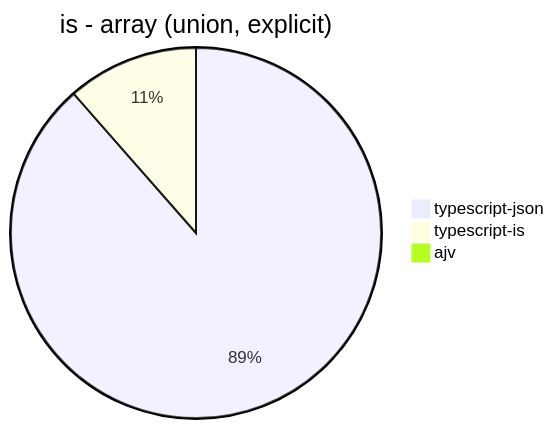
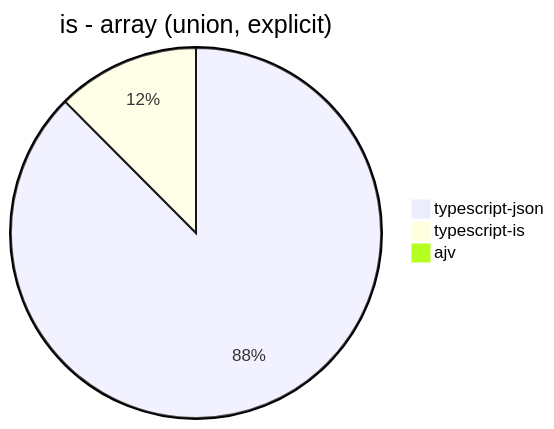
One commit to samchon/typia changed diagram 12 of 30 in benchmark/results/AMD Ryzen 7 5800H with Radeon Graphics         .md. Above: the diagram before and after it, drawn with Mermaid. The commit also changed other lines of this file, not shown here.

````diff
--- a/benchmark/results/AMD Ryzen 7 5800H with Radeon Graphics         .md
+++ b/benchmark/results/AMD Ryzen 7 5800H with Radeon Graphics         .md
@@ -116,6 +116,6 @@
 ```mermaid
 pie title is - array (union, explicit)
-  "typescript-json": 8147.80854575463
-  "typescript-is": 1055.886475122635
+  "typescript-json": 7171.43899325187
+  "typescript-is": 1021.4207250091542
   "ajv": 0
 ```
````
